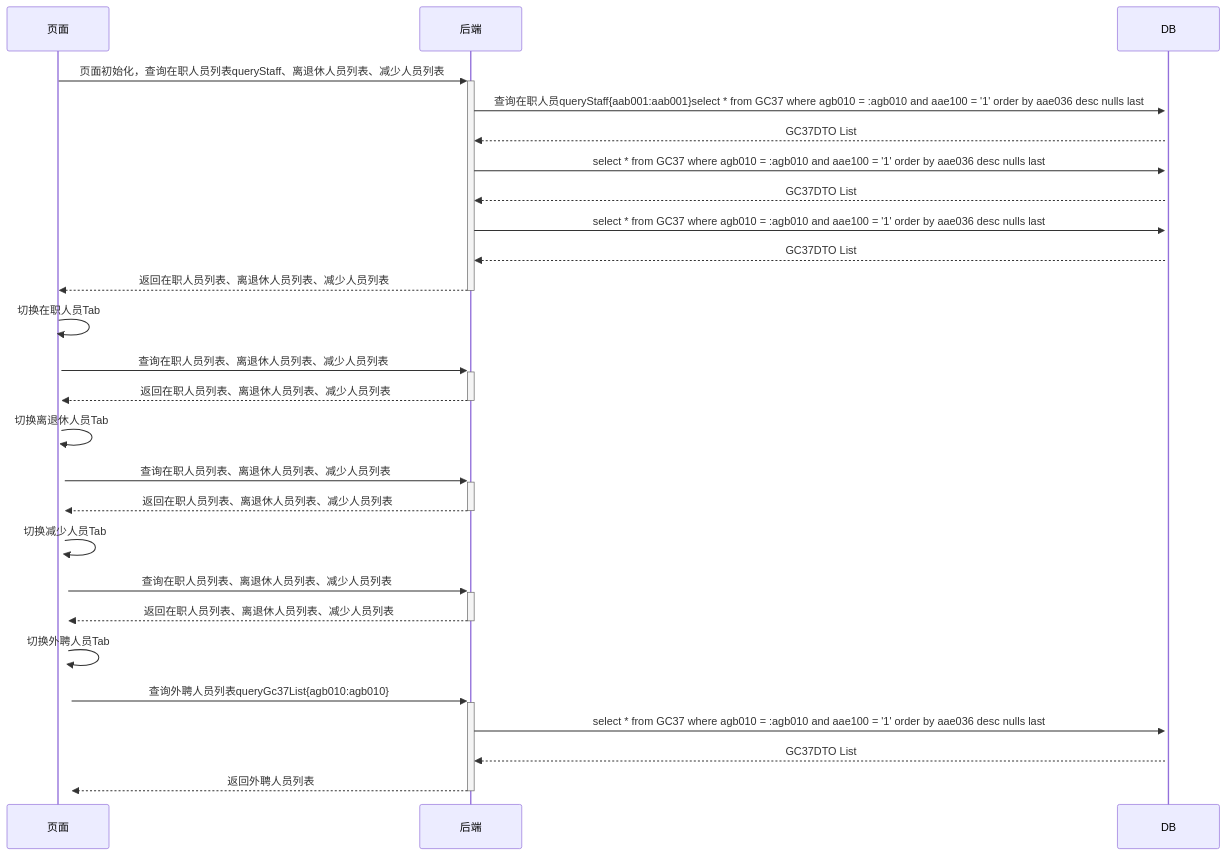
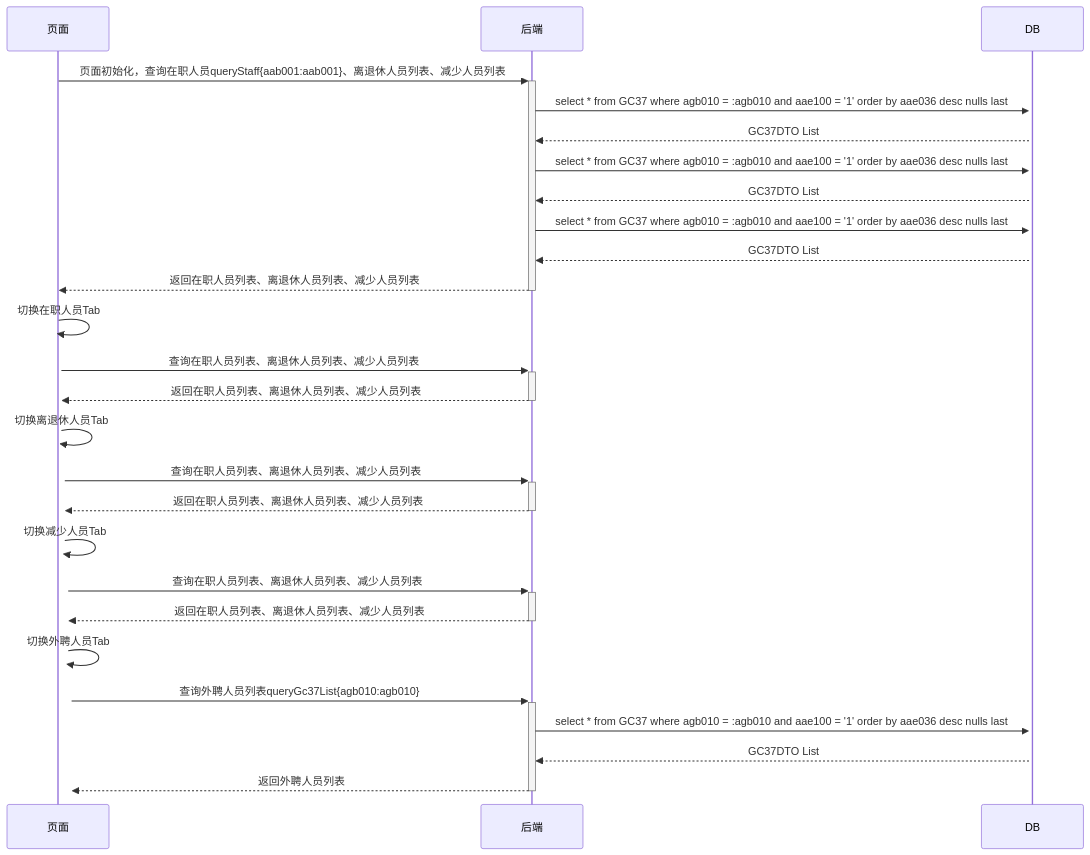
Before and after one commit to ZhangJianBeiJing/iodraw-files: the diagram in all/人员基本信息初始化页面多Tab调用业务流程.md, drawn with Mermaid.

Commit message:
2025-03-25 10:37:38 update

````diff
--- a/all/人员基本信息初始化页面多Tab调用业务流程.md
+++ b/all/人员基本信息初始化页面多Tab调用业务流程.md
@@ -1,25 +1,25 @@
 ```mermaid
 sequenceDiagram
-    页面->>+后端: 页面初始化，查询在职人员列表queryStaff、离退休人员列表、减少人员列表
-    后端->>+DB:查询在职人员queryStaff{aab001:aab001}select * from GC37 where agb010 = :agb010 and aae100 = '1' order by aae036 desc nulls last
+    页面->>+后端: 页面初始化，查询在职人员queryStaff{aab001:aab001}、离退休人员列表、减少人员列表
+    后端->>+DB:select * from GC37 where agb010 = :agb010 and aae100 = '1' order by aae036 desc nulls last
     DB-->>后端:GC37DTO List
     后端->>+DB:select * from GC37 where agb010 = :agb010 and aae100 = '1' order by aae036 desc nulls last
     DB-->>后端:GC37DTO List
     后端->>+DB:select * from GC37 where agb010 = :agb010 and aae100 = '1' order by aae036 desc nulls last
     DB-->>后端:GC37DTO List
     后端-->>-页面:返回在职人员列表、离退休人员列表、减少人员列表
     页面->>+页面:切换在职人员Tab
     页面->>+后端:查询在职人员列表、离退休人员列表、减少人员列表
     后端-->>-页面:返回在职人员列表、离退休人员列表、减少人员列表
     页面->>+页面:切换离退休人员Tab
     页面->>+后端:查询在职人员列表、离退休人员列表、减少人员列表
     后端-->>-页面:返回在职人员列表、离退休人员列表、减少人员列表
     页面->>+页面:切换减少人员Tab
     页面->>+后端:查询在职人员列表、离退休人员列表、减少人员列表
     后端-->>-页面:返回在职人员列表、离退休人员列表、减少人员列表
     页面->>+页面:切换外聘人员Tab
     页面->>+后端:查询外聘人员列表queryGc37List{agb010:agb010}
     后端->>+DB:select * from GC37 where agb010 = :agb010 and aae100 = '1' order by aae036 desc nulls last
     DB-->>后端:GC37DTO List 
     后端-->>-页面:返回外聘人员列表
 ```
````
